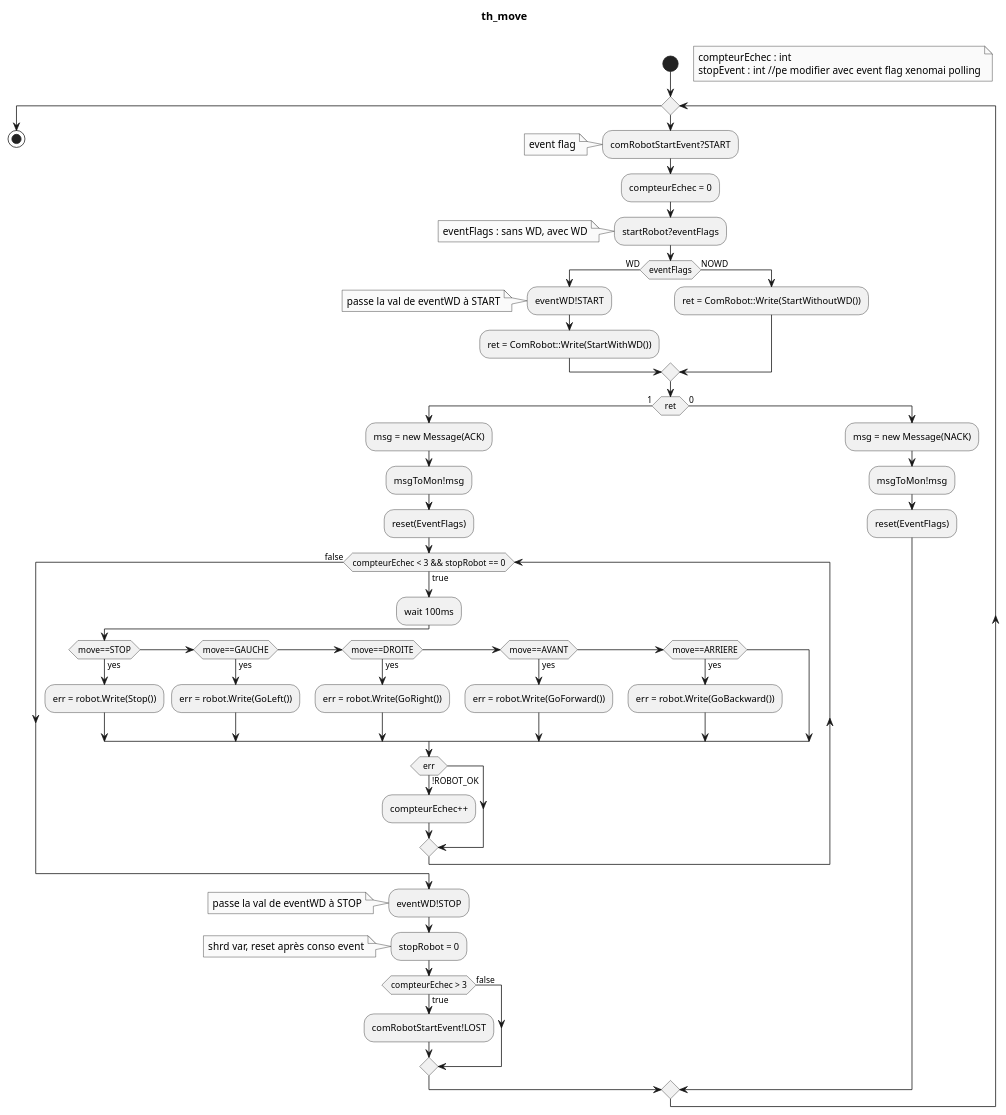
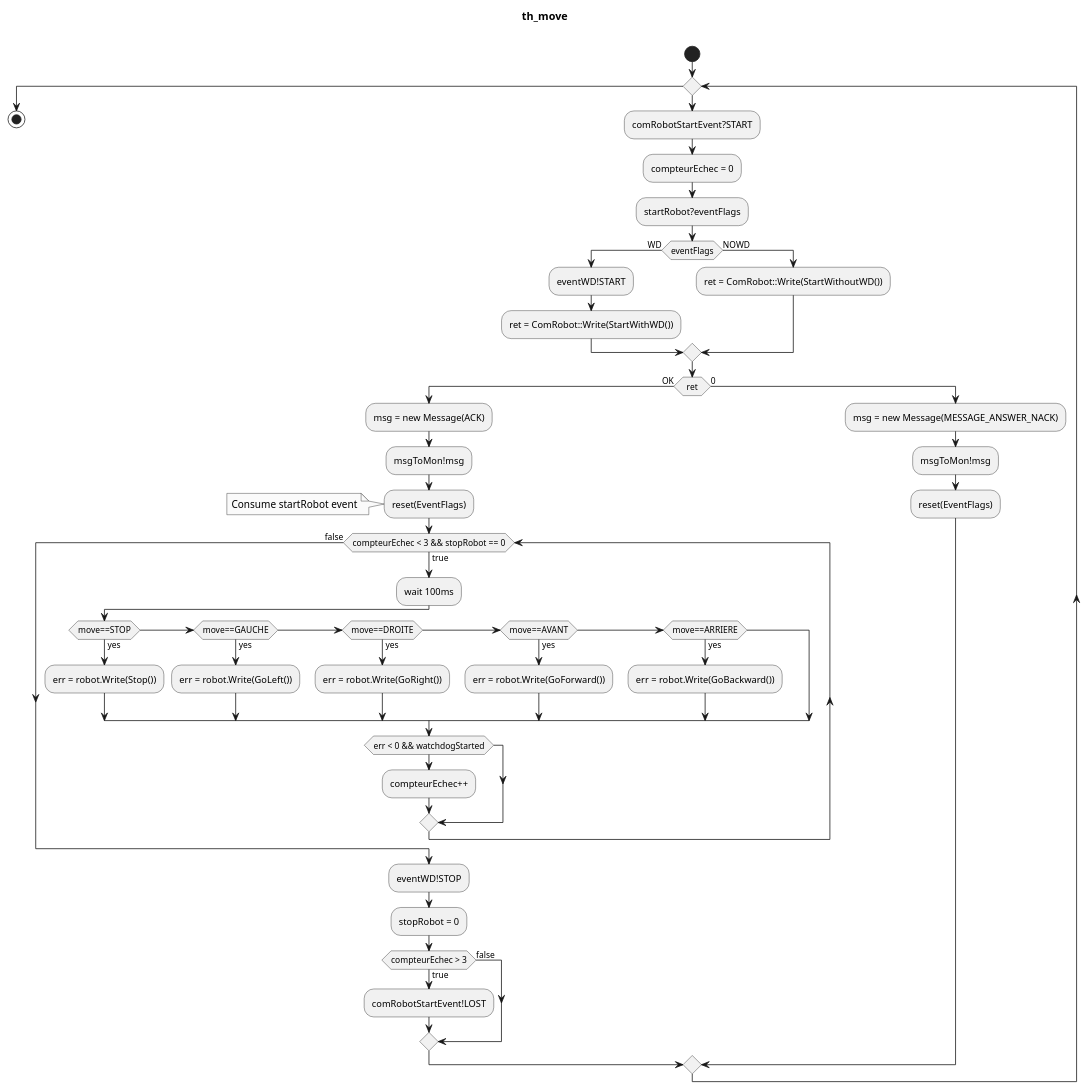
One commit to Bobillot/BE_Temps_Reel changed the diagram in diags/th_move.puml. Above: the diagram before and after it, drawn with PlantUML. The commit also changed 9 other files, not shown here.

```diff
--- a/diags/th_move.puml
+++ b/diags/th_move.puml
@@ -1,81 +1,66 @@
 @startuml
 
 skinparam monochrome true
 title th_move \n
 
 
 start
 
-floating note right
-compteurEchec : int
-stopEvent : int //pe modifier avec event flag xenomai polling
-endnote
-
 while ()
     :comRobotStartEvent?START;
-    note : event flag
     :compteurEchec = 0;
 
     :startRobot?eventFlags;
-    note
-    eventFlags : sans WD, avec WD
-    endnote
 
     if (eventFlags) then (WD)
         :eventWD!START;
-    note : passe la val de eventWD à START
         :ret = ComRobot::Write(StartWithWD());
     else (NOWD)
-    :ret = ComRobot::Write(StartWithoutWD());
+        :ret = ComRobot::Write(StartWithoutWD());
     endif
-    
-    if (ret) then (1)
-    
-    :msg = new Message(ACK);
 
-    :msgToMon!msg;
+    if (ret) then (OK)
 
-    :reset(EventFlags);
+        :msg = new Message(ACK);
+        :msgToMon!msg;
+        :reset(EventFlags);
+        note : Consume startRobot event
 
-    while (compteurEchec < 3 && stopRobot == 0) is (true)
-        :wait 100ms;
-        if (move==STOP) then (yes)
-            :err = robot.Write(Stop());
-        elseif (move==GAUCHE) then (yes)
-            :err = robot.Write(GoLeft());
-        elseif (move==DROITE) then (yes)
-            :err = robot.Write(GoRight());
-        elseif (move==AVANT) then (yes)
-            :err = robot.Write(GoForward());
-        elseif (move==ARRIERE) then (yes)
-            :err = robot.Write(GoBackward());
+        while (compteurEchec < 3 && stopRobot == 0) is (true)
+            :wait 100ms;
+            if (move==STOP) then (yes)
+                :err = robot.Write(Stop());
+            elseif (move==GAUCHE) then (yes)
+                :err = robot.Write(GoLeft());
+            elseif (move==DROITE) then (yes)
+                :err = robot.Write(GoRight());
+            elseif (move==AVANT) then (yes)
+                :err = robot.Write(GoForward());
+            elseif (move==ARRIERE) then (yes)
+                :err = robot.Write(GoBackward());
+            endif
+            if (err < 0 && watchdogStarted) then
+                :compteurEchec++;
+            endif
+        endwhile (false)
+        :eventWD!STOP;
+        :stopRobot = 0;
+
+        if (compteurEchec > 3) then (true)
+            ':comRobotStartEvent!STOP;
+            'note
+            '    evite de rerentrer dans le début du thread
+            '    si on sait qu'on coupe la com à cause du temps de traitement
+            '    de th_com_robot
+            'endnote
+            :comRobotStartEvent!LOST;
+        else (false)
         endif
-        if (err) then (!ROBOT_OK)
-            :compteurEchec++;
-        endif
-    endwhile (false)
-    :eventWD!STOP;
-    note : passe la val de eventWD à STOP
-:stopRobot = 0;
-note : shrd var, reset après conso event
-
-if (compteurEchec > 3) then (true)
-    ':comRobotStartEvent!STOP;
-    'note 
-    '    evite de rerentrer dans le début du thread 
-    '    si on sait qu'on coupe la com à cause du temps de traitement 
-    '    de th_com_robot
-    'endnote
-    :comRobotStartEvent!LOST;
-else (false)
-endif
-else (0)
-    :msg = new Message(NACK);
-
-    :msgToMon!msg;
-
-    :reset(EventFlags);
-endif
+    else (0)
+        :msg = new Message(MESSAGE_ANSWER_NACK);
+        :msgToMon!msg;
+        :reset(EventFlags);
+    endif
 endwhile
 stop
 @enduml
```
